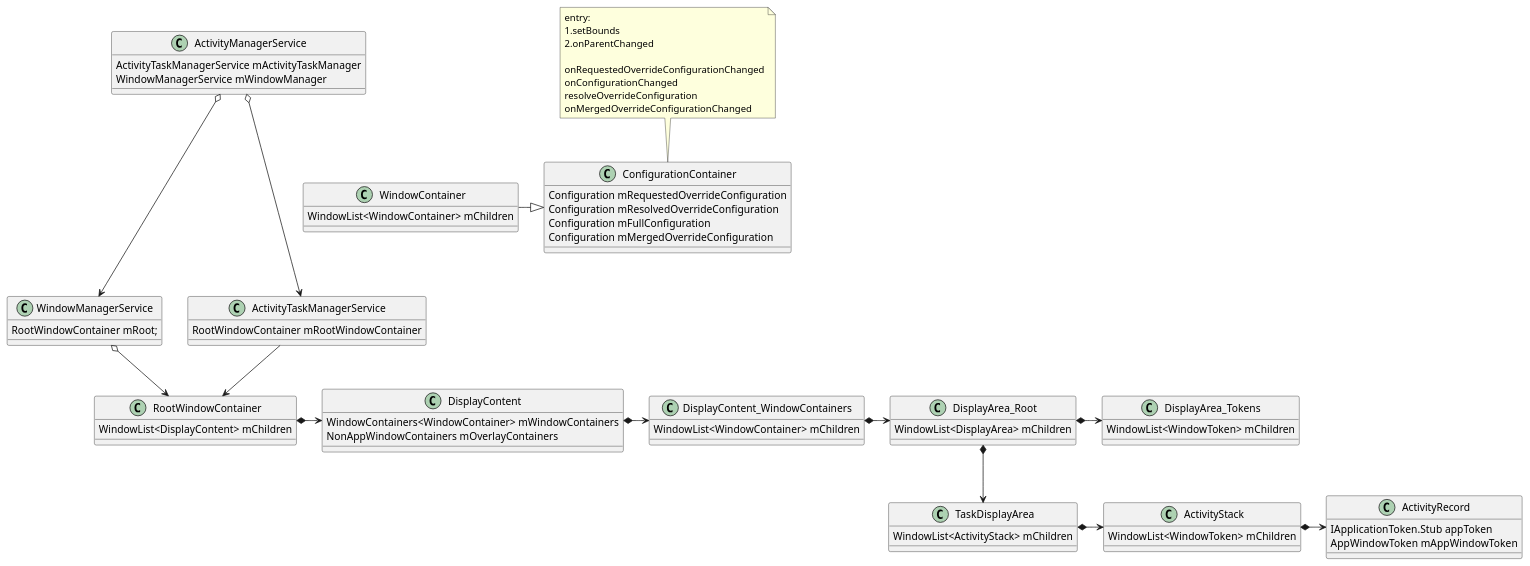
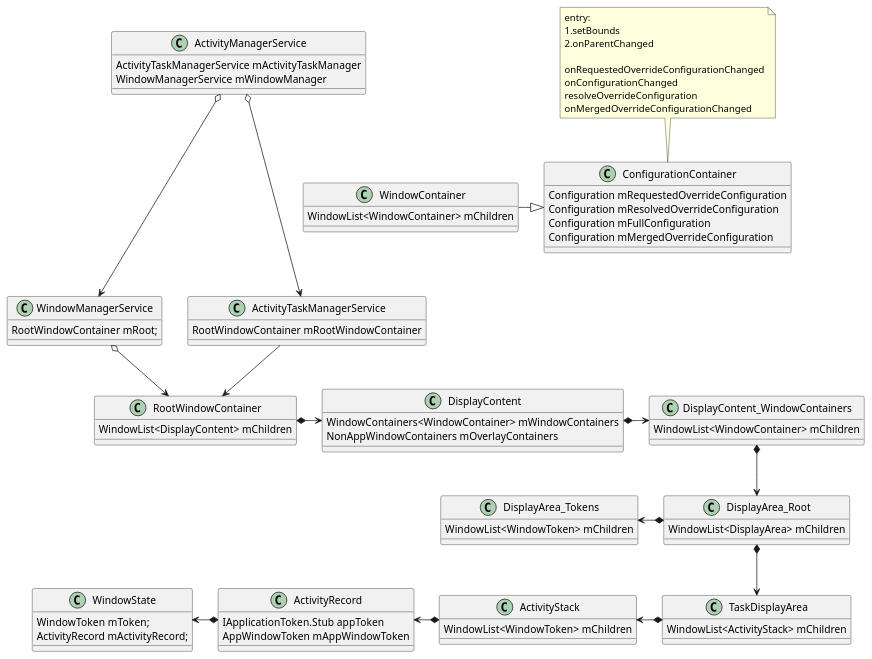
The diagram in android11/displaycontainer/DisplayContainer.puml (javalive09/UML), drawn with PlantUML before and after one commit. The commit also changed 83 other files, not shown here.

Commit message:
update uml

```diff
--- a/android11/displaycontainer/DisplayContainer.puml
+++ b/android11/displaycontainer/DisplayContainer.puml
@@ -1,89 +1,95 @@
 @startuml
 'https://plantuml.com/class-diagram
 
 class ActivityManagerService {
     ActivityTaskManagerService mActivityTaskManager
     WindowManagerService mWindowManager
 }
 
 class ActivityTaskManagerService {
     RootWindowContainer mRootWindowContainer
 }
 
 class DisplayArea_Root {
     WindowList<DisplayArea> mChildren
 }
 
 class DisplayArea_Tokens {
     WindowList<WindowToken> mChildren
 }
 
 
 class ActivityStack {
     WindowList<WindowToken> mChildren
 }
 
 class ActivityRecord{
     IApplicationToken.Stub appToken
     AppWindowToken mAppWindowToken
 }
 
 class WindowManagerService {
     RootWindowContainer mRoot;
 }
 
 class RootWindowContainer {
     WindowList<DisplayContent> mChildren
 }
 
 
 class DisplayContent {
     WindowContainers<WindowContainer> mWindowContainers
     NonAppWindowContainers mOverlayContainers
 }
 
+class WindowState {
+    WindowToken mToken;
+    ActivityRecord mActivityRecord;
+}
+
 class WindowContainer {
     WindowList<WindowContainer> mChildren
 }
 
 class DisplayContent_WindowContainers{
     WindowList<WindowContainer> mChildren
 }
 
 class TaskDisplayArea {
     WindowList<ActivityStack> mChildren
 }
 
 class ConfigurationContainer {
     Configuration mRequestedOverrideConfiguration
     Configuration mResolvedOverrideConfiguration
     Configuration mFullConfiguration
     Configuration mMergedOverrideConfiguration
 }
 
 note top
 entry:
 1.setBounds
 2.onParentChanged
 
 onRequestedOverrideConfigurationChanged
 onConfigurationChanged
 resolveOverrideConfiguration
 onMergedOverrideConfigurationChanged
 end note
 
 ActivityManagerService o---> ActivityTaskManagerService
 ActivityTaskManagerService --> RootWindowContainer
 
 ActivityManagerService o---> WindowManagerService
 WindowManagerService o-> RootWindowContainer
 RootWindowContainer *-> DisplayContent
 DisplayContent *-> DisplayContent_WindowContainers
-DisplayContent_WindowContainers *-> DisplayArea_Root
-DisplayArea_Root *-> DisplayArea_Tokens
+DisplayContent_WindowContainers *--> DisplayArea_Root
+DisplayArea_Root *-left> DisplayArea_Tokens
 DisplayArea_Root *--> TaskDisplayArea
-TaskDisplayArea *-> ActivityStack
-ActivityStack *->ActivityRecord
+TaskDisplayArea *-left> ActivityStack
+ActivityStack *-left>ActivityRecord
+ActivityRecord *-left>WindowState
 WindowContainer -|> ConfigurationContainer
 
 @enduml
```
